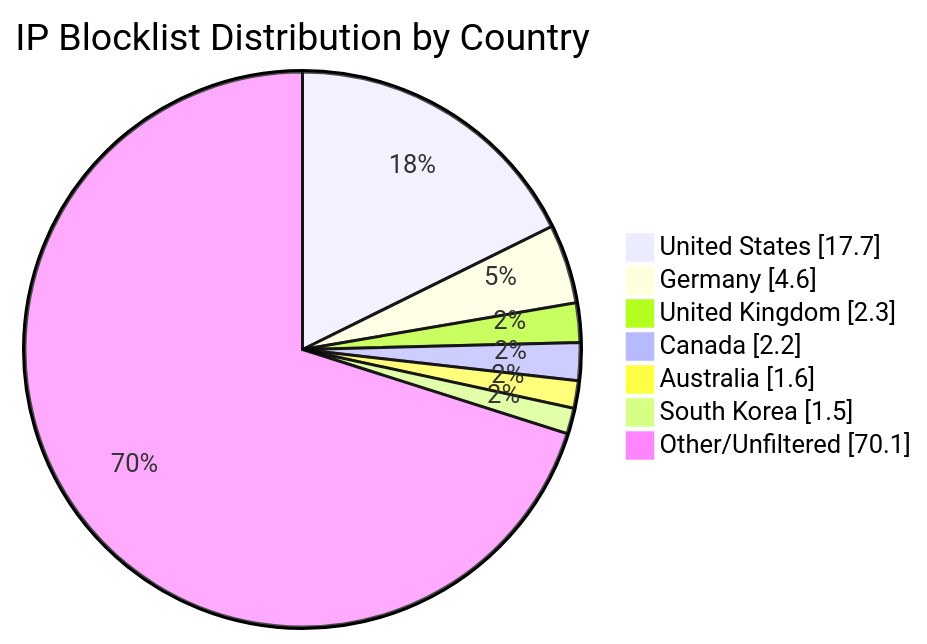
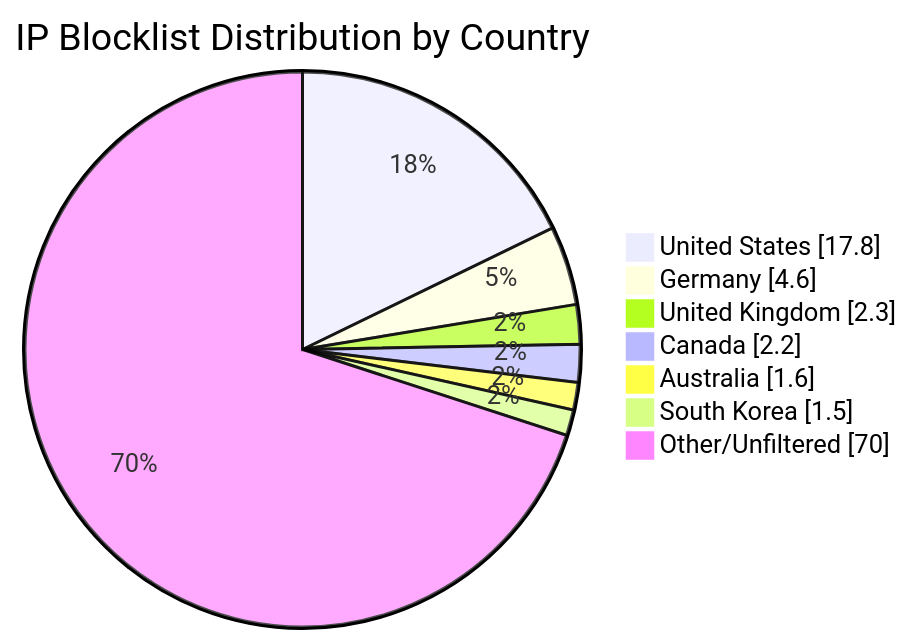
One commit to MarcusHoltz/ipblocklist-geofiltered-aggregator changed the diagram in README.md. Above: the diagram before and after it, drawn with Mermaid. The commit also changed other lines of this file and 9 other files, not shown here.

````diff
--- a/README.md
+++ b/README.md
@@ -34,10 +34,10 @@
 ```mermaid
 pie showData title IP Blocklist Distribution by Country
-"United States" : 17.7
+"United States" : 17.8
 "Germany" : 4.6
 "United Kingdom" : 2.3
 "Canada" : 2.2
 "Australia" : 1.6
 "South Korea" : 1.5
-"Other/Unfiltered" : 70.1
+"Other/Unfiltered" : 70.0
 ```
````
